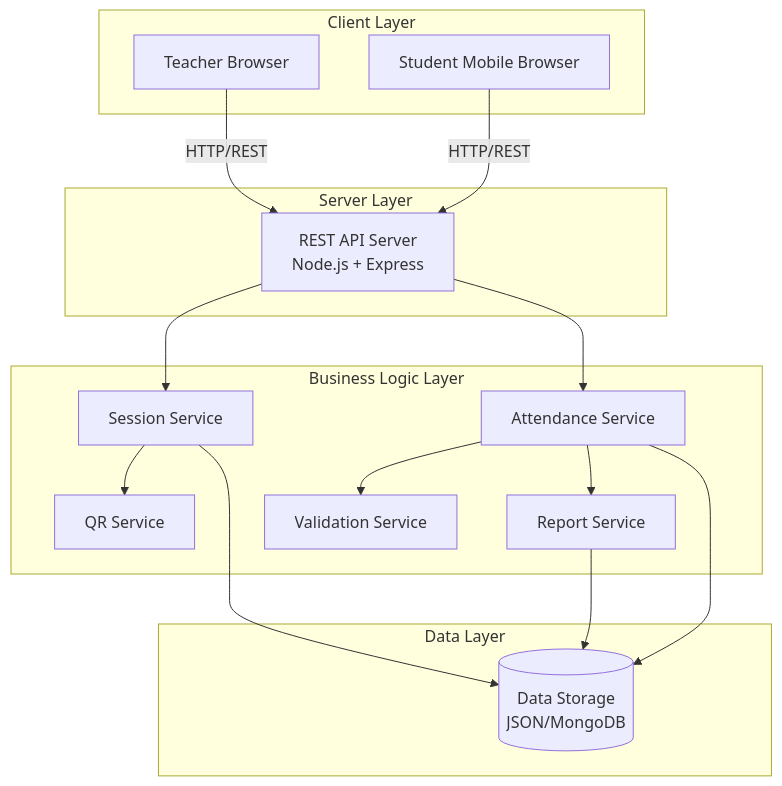
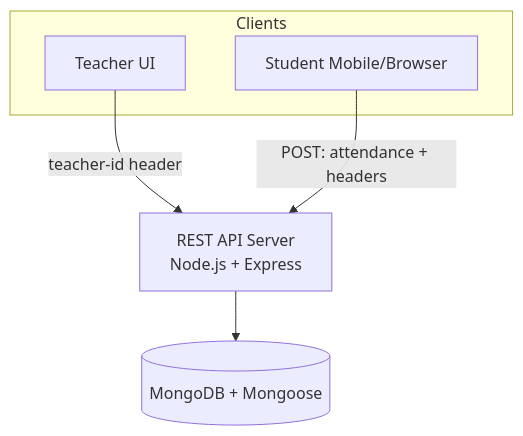
One commit to abhakeemshah/attendRevolution changed the first of 7 diagrams in ARCHITECTURE.md. Above: the diagram before and after it, drawn with Mermaid. The commit also changed other lines of this file and 5 other files, not shown here.

First line of the commit message:
docs: update README, architecture, flowcharts to match current backend

````diff
--- a/ARCHITECTURE.md
+++ b/ARCHITECTURE.md
@@ -54,34 +39,14 @@
 ```mermaid
 graph TB
-    subgraph "Client Layer"
-        TB[Teacher Browser]
-        SB[Student Mobile Browser]
+    subgraph Clients
+        T[Teacher UI]
+        S[Student Mobile/Browser]
     end
-    
-    subgraph "Server Layer"
-        API[REST API Server<br/>Node.js + Express]
-    end
-    
-    subgraph "Business Logic Layer"
-        SS[Session Service]
-        AS[Attendance Service]
-        QS[QR Service]
-        VS[Validation Service]
-        RS[Report Service]
-    end
-    
-    subgraph "Data Layer"
-        DS[(Data Storage<br/>JSON/MongoDB)]
-    end
-    
-    TB -->|HTTP/REST| API
-    SB -->|HTTP/REST| API
-    API --> SS
-    API --> AS
-    SS --> QS
-    AS --> VS
-    AS --> RS
-    SS --> DS
-    AS --> DS
-    RS --> DS
+
+    API[REST API Server<br/>Node.js + Express]
+    DB[(MongoDB + Mongoose)]
+
+    T -->|teacher-id header| API
+    S -->|POST: attendance + headers| API
+    API --> DB
 ```
````
